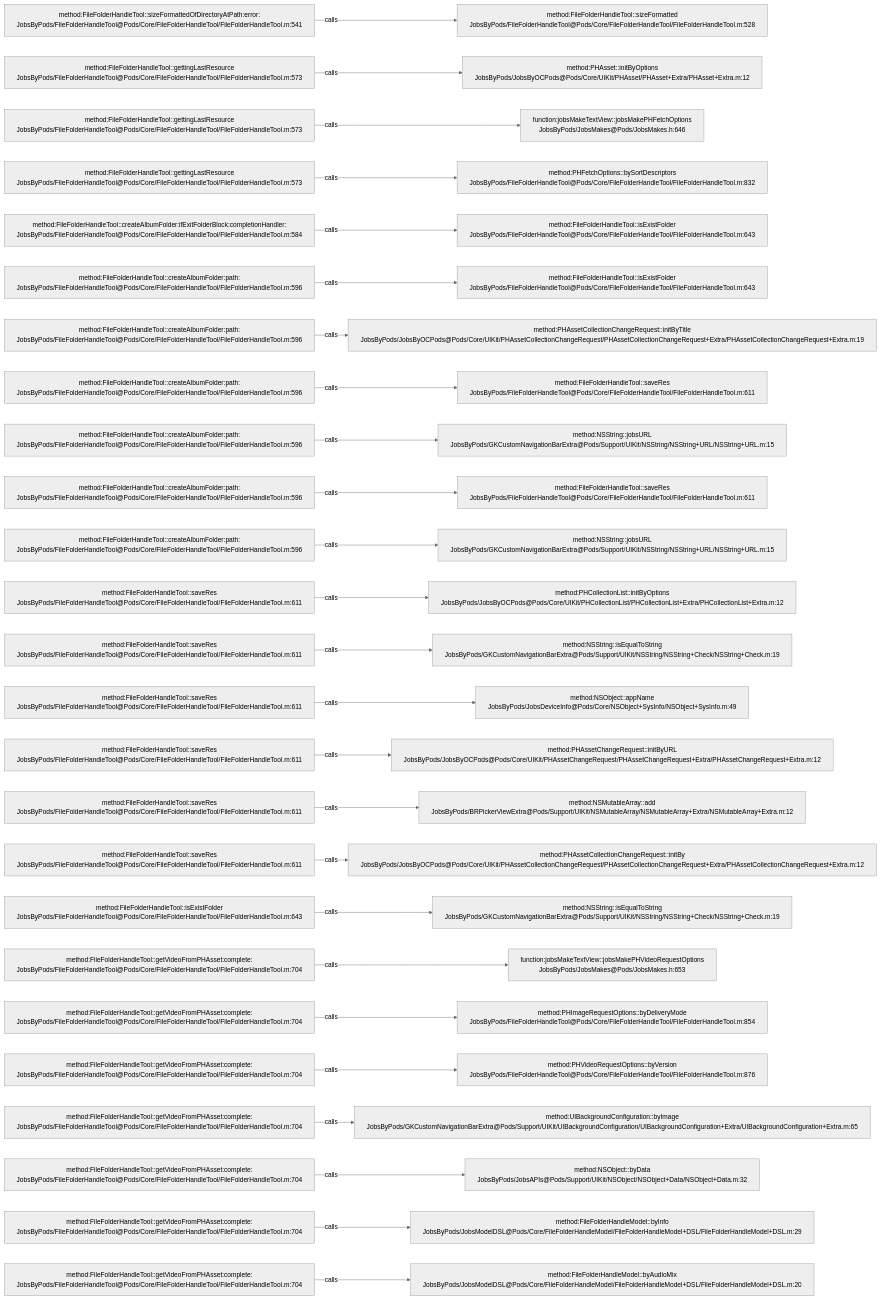
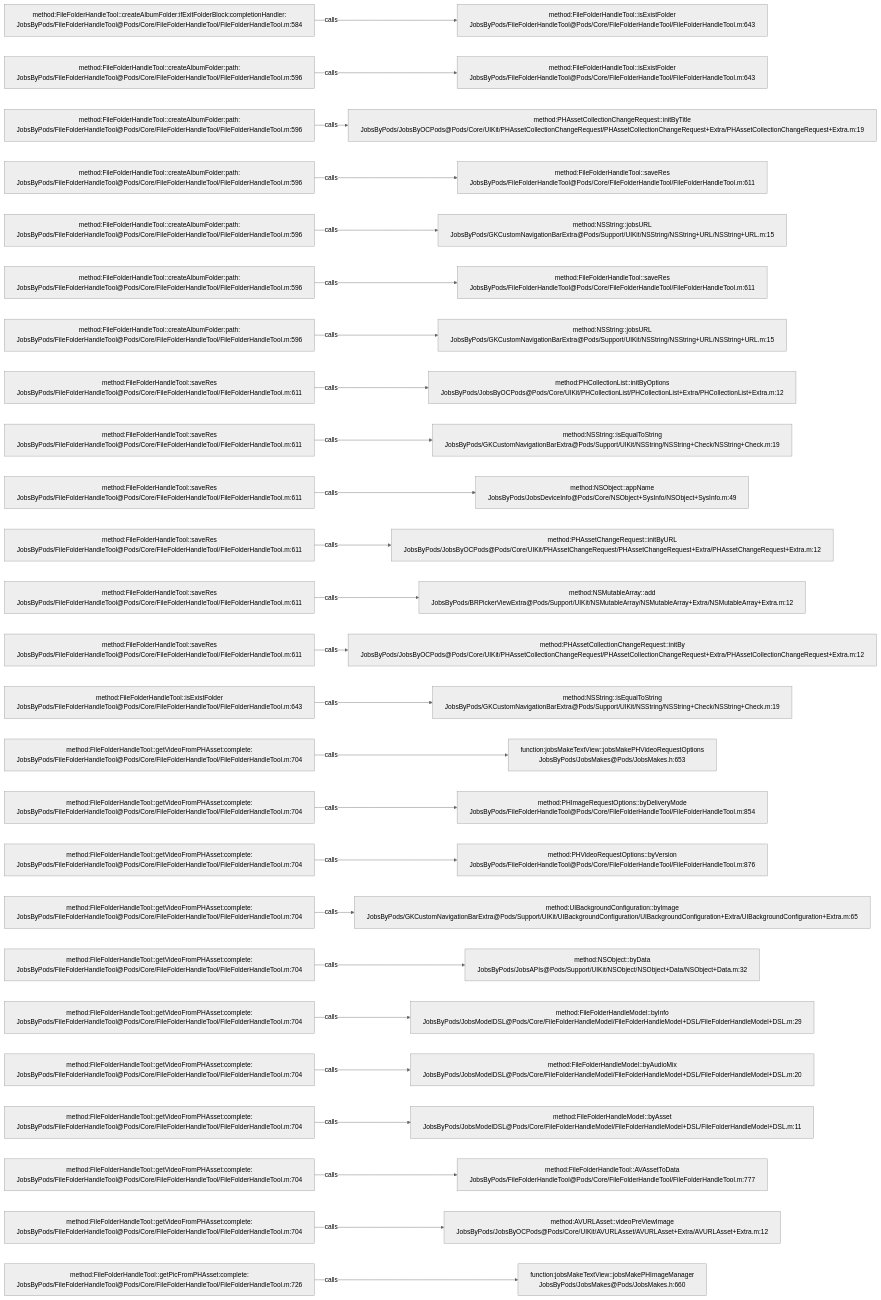
One commit to JobsKits/JobsOCBaseConfigDemo changed the diagram in .codegraph/codegraph.md/graphs/calls-008.md. Above: the diagram before and after it, drawn with Mermaid (neutral theme). The commit also changed 223 other files, not shown here.

````diff
--- a/.codegraph/codegraph.md/graphs/calls-008.md
+++ b/.codegraph/codegraph.md/graphs/calls-008.md
@@ -13,78 +13,78 @@
 ```mermaid
 flowchart LR
-  S1["method:FileFolderHandleTool::sizeFormattedOfDirectoryAtPath:error:<br/>JobsByPods/FileFolderHandleTool@Pods/Core/FileFolderHandleTool/FileFolderHandleTool.m:541"]
-  T1["method:FileFolderHandleTool::sizeFormatted<br/>JobsByPods/FileFolderHandleTool@Pods/Core/FileFolderHandleTool/FileFolderHandleTool.m:528"]
+  S1["method:FileFolderHandleTool::createAlbumFolder:ifExitFolderBlock:completionHandler:<br/>JobsByPods/FileFolderHandleTool@Pods/Core/FileFolderHandleTool/FileFolderHandleTool.m:584"]
+  T1["method:FileFolderHandleTool::isExistFolder<br/>JobsByPods/FileFolderHandleTool@Pods/Core/FileFolderHandleTool/FileFolderHandleTool.m:643"]
   S1 -->|calls| T1
-  S2["method:FileFolderHandleTool::gettingLastResource<br/>JobsByPods/FileFolderHandleTool@Pods/Core/FileFolderHandleTool/FileFolderHandleTool.m:573"]
-  T2["method:PHAsset::initByOptions<br/>JobsByPods/JobsByOCPods@Pods/Core/UIKit/PHAsset/PHAsset+Extra/PHAsset+Extra.m:12"]
+  S2["method:FileFolderHandleTool::createAlbumFolder:path:<br/>JobsByPods/FileFolderHandleTool@Pods/Core/FileFolderHandleTool/FileFolderHandleTool.m:596"]
+  T2["method:FileFolderHandleTool::isExistFolder<br/>JobsByPods/FileFolderHandleTool@Pods/Core/FileFolderHandleTool/FileFolderHandleTool.m:643"]
   S2 -->|calls| T2
-  S3["method:FileFolderHandleTool::gettingLastResource<br/>JobsByPods/FileFolderHandleTool@Pods/Core/FileFolderHandleTool/FileFolderHandleTool.m:573"]
-  T3["function:jobsMakeTextView::jobsMakePHFetchOptions<br/>JobsByPods/JobsMakes@Pods/JobsMakes.h:646"]
+  S3["method:FileFolderHandleTool::createAlbumFolder:path:<br/>JobsByPods/FileFolderHandleTool@Pods/Core/FileFolderHandleTool/FileFolderHandleTool.m:596"]
+  T3["method:PHAssetCollectionChangeRequest::initByTitle<br/>JobsByPods/JobsByOCPods@Pods/Core/UIKit/PHAssetCollectionChangeRequest/PHAssetCollectionChangeRequest+Extra/PHAssetCollectionChangeRequest+Extra.m:19"]
   S3 -->|calls| T3
-  S4["method:FileFolderHandleTool::gettingLastResource<br/>JobsByPods/FileFolderHandleTool@Pods/Core/FileFolderHandleTool/FileFolderHandleTool.m:573"]
-  T4["method:PHFetchOptions::bySortDescriptors<br/>JobsByPods/FileFolderHandleTool@Pods/Core/FileFolderHandleTool/FileFolderHandleTool.m:832"]
+  S4["method:FileFolderHandleTool::createAlbumFolder:path:<br/>JobsByPods/FileFolderHandleTool@Pods/Core/FileFolderHandleTool/FileFolderHandleTool.m:596"]
+  T4["method:FileFolderHandleTool::saveRes<br/>JobsByPods/FileFolderHandleTool@Pods/Core/FileFolderHandleTool/FileFolderHandleTool.m:611"]
   S4 -->|calls| T4
-  S5["method:FileFolderHandleTool::createAlbumFolder:ifExitFolderBlock:completionHandler:<br/>JobsByPods/FileFolderHandleTool@Pods/Core/FileFolderHandleTool/FileFolderHandleTool.m:584"]
-  T5["method:FileFolderHandleTool::isExistFolder<br/>JobsByPods/FileFolderHandleTool@Pods/Core/FileFolderHandleTool/FileFolderHandleTool.m:643"]
+  S5["method:FileFolderHandleTool::createAlbumFolder:path:<br/>JobsByPods/FileFolderHandleTool@Pods/Core/FileFolderHandleTool/FileFolderHandleTool.m:596"]
+  T5["method:NSString::jobsURL<br/>JobsByPods/GKCustomNavigationBarExtra@Pods/Support/UIKit/NSString/NSString+URL/NSString+URL.m:15"]
   S5 -->|calls| T5
   S6["method:FileFolderHandleTool::createAlbumFolder:path:<br/>JobsByPods/FileFolderHandleTool@Pods/Core/FileFolderHandleTool/FileFolderHandleTool.m:596"]
-  T6["method:FileFolderHandleTool::isExistFolder<br/>JobsByPods/FileFolderHandleTool@Pods/Core/FileFolderHandleTool/FileFolderHandleTool.m:643"]
+  T6["method:FileFolderHandleTool::saveRes<br/>JobsByPods/FileFolderHandleTool@Pods/Core/FileFolderHandleTool/FileFolderHandleTool.m:611"]
   S6 -->|calls| T6
   S7["method:FileFolderHandleTool::createAlbumFolder:path:<br/>JobsByPods/FileFolderHandleTool@Pods/Core/FileFolderHandleTool/FileFolderHandleTool.m:596"]
-  T7["method:PHAssetCollectionChangeRequest::initByTitle<br/>JobsByPods/JobsByOCPods@Pods/Core/UIKit/PHAssetCollectionChangeRequest/PHAssetCollectionChangeRequest+Extra/PHAssetCollectionChangeRequest+Extra.m:19"]
+  T7["method:NSString::jobsURL<br/>JobsByPods/GKCustomNavigationBarExtra@Pods/Support/UIKit/NSString/NSString+URL/NSString+URL.m:15"]
   S7 -->|calls| T7
-  S8["method:FileFolderHandleTool::createAlbumFolder:path:<br/>JobsByPods/FileFolderHandleTool@Pods/Core/FileFolderHandleTool/FileFolderHandleTool.m:596"]
-  T8["method:FileFolderHandleTool::saveRes<br/>JobsByPods/FileFolderHandleTool@Pods/Core/FileFolderHandleTool/FileFolderHandleTool.m:611"]
+  S8["method:FileFolderHandleTool::saveRes<br/>JobsByPods/FileFolderHandleTool@Pods/Core/FileFolderHandleTool/FileFolderHandleTool.m:611"]
+  T8["method:PHCollectionList::initByOptions<br/>JobsByPods/JobsByOCPods@Pods/Core/UIKit/PHCollectionList/PHCollectionList+Extra/PHCollectionList+Extra.m:12"]
   S8 -->|calls| T8
-  S9["method:FileFolderHandleTool::createAlbumFolder:path:<br/>JobsByPods/FileFolderHandleTool@Pods/Core/FileFolderHandleTool/FileFolderHandleTool.m:596"]
-  T9["method:NSString::jobsURL<br/>JobsByPods/GKCustomNavigationBarExtra@Pods/Support/UIKit/NSString/NSString+URL/NSString+URL.m:15"]
+  S9["method:FileFolderHandleTool::saveRes<br/>JobsByPods/FileFolderHandleTool@Pods/Core/FileFolderHandleTool/FileFolderHandleTool.m:611"]
+  T9["method:NSString::isEqualToString<br/>JobsByPods/GKCustomNavigationBarExtra@Pods/Support/UIKit/NSString/NSString+Check/NSString+Check.m:19"]
   S9 -->|calls| T9
-  S10["method:FileFolderHandleTool::createAlbumFolder:path:<br/>JobsByPods/FileFolderHandleTool@Pods/Core/FileFolderHandleTool/FileFolderHandleTool.m:596"]
-  T10["method:FileFolderHandleTool::saveRes<br/>JobsByPods/FileFolderHandleTool@Pods/Core/FileFolderHandleTool/FileFolderHandleTool.m:611"]
+  S10["method:FileFolderHandleTool::saveRes<br/>JobsByPods/FileFolderHandleTool@Pods/Core/FileFolderHandleTool/FileFolderHandleTool.m:611"]
+  T10["method:NSObject::appName<br/>JobsByPods/JobsDeviceInfo@Pods/Core/NSObject+SysInfo/NSObject+SysInfo.m:49"]
   S10 -->|calls| T10
-  S11["method:FileFolderHandleTool::createAlbumFolder:path:<br/>JobsByPods/FileFolderHandleTool@Pods/Core/FileFolderHandleTool/FileFolderHandleTool.m:596"]
-  T11["method:NSString::jobsURL<br/>JobsByPods/GKCustomNavigationBarExtra@Pods/Support/UIKit/NSString/NSString+URL/NSString+URL.m:15"]
+  S11["method:FileFolderHandleTool::saveRes<br/>JobsByPods/FileFolderHandleTool@Pods/Core/FileFolderHandleTool/FileFolderHandleTool.m:611"]
+  T11["method:PHAssetChangeRequest::initByURL<br/>JobsByPods/JobsByOCPods@Pods/Core/UIKit/PHAssetChangeRequest/PHAssetChangeRequest+Extra/PHAssetChangeRequest+Extra.m:12"]
   S11 -->|calls| T11
   S12["method:FileFolderHandleTool::saveRes<br/>JobsByPods/FileFolderHandleTool@Pods/Core/FileFolderHandleTool/FileFolderHandleTool.m:611"]
-  T12["method:PHCollectionList::initByOptions<br/>JobsByPods/JobsByOCPods@Pods/Core/UIKit/PHCollectionList/PHCollectionList+Extra/PHCollectionList+Extra.m:12"]
+  T12["method:NSMutableArray::add<br/>JobsByPods/BRPickerViewExtra@Pods/Support/UIKit/NSMutableArray/NSMutableArray+Extra/NSMutableArray+Extra.m:12"]
   S12 -->|calls| T12
   S13["method:FileFolderHandleTool::saveRes<br/>JobsByPods/FileFolderHandleTool@Pods/Core/FileFolderHandleTool/FileFolderHandleTool.m:611"]
-  T13["method:NSString::isEqualToString<br/>JobsByPods/GKCustomNavigationBarExtra@Pods/Support/UIKit/NSString/NSString+Check/NSString+Check.m:19"]
+  T13["method:PHAssetCollectionChangeRequest::initBy<br/>JobsByPods/JobsByOCPods@Pods/Core/UIKit/PHAssetCollectionChangeRequest/PHAssetCollectionChangeRequest+Extra/PHAssetCollectionChangeRequest+Extra.m:12"]
   S13 -->|calls| T13
-  S14["method:FileFolderHandleTool::saveRes<br/>JobsByPods/FileFolderHandleTool@Pods/Core/FileFolderHandleTool/FileFolderHandleTool.m:611"]
-  T14["method:NSObject::appName<br/>JobsByPods/JobsDeviceInfo@Pods/Core/NSObject+SysInfo/NSObject+SysInfo.m:49"]
+  S14["method:FileFolderHandleTool::isExistFolder<br/>JobsByPods/FileFolderHandleTool@Pods/Core/FileFolderHandleTool/FileFolderHandleTool.m:643"]
+  T14["method:NSString::isEqualToString<br/>JobsByPods/GKCustomNavigationBarExtra@Pods/Support/UIKit/NSString/NSString+Check/NSString+Check.m:19"]
   S14 -->|calls| T14
-  S15["method:FileFolderHandleTool::saveRes<br/>JobsByPods/FileFolderHandleTool@Pods/Core/FileFolderHandleTool/FileFolderHandleTool.m:611"]
-  T15["method:PHAssetChangeRequest::initByURL<br/>JobsByPods/JobsByOCPods@Pods/Core/UIKit/PHAssetChangeRequest/PHAssetChangeRequest+Extra/PHAssetChangeRequest+Extra.m:12"]
+  S15["method:FileFolderHandleTool::getVideoFromPHAsset:complete:<br/>JobsByPods/FileFolderHandleTool@Pods/Core/FileFolderHandleTool/FileFolderHandleTool.m:704"]
+  T15["function:jobsMakeTextView::jobsMakePHVideoRequestOptions<br/>JobsByPods/JobsMakes@Pods/JobsMakes.h:653"]
   S15 -->|calls| T15
-  S16["method:FileFolderHandleTool::saveRes<br/>JobsByPods/FileFolderHandleTool@Pods/Core/FileFolderHandleTool/FileFolderHandleTool.m:611"]
-  T16["method:NSMutableArray::add<br/>JobsByPods/BRPickerViewExtra@Pods/Support/UIKit/NSMutableArray/NSMutableArray+Extra/NSMutableArray+Extra.m:12"]
+  S16["method:FileFolderHandleTool::getVideoFromPHAsset:complete:<br/>JobsByPods/FileFolderHandleTool@Pods/Core/FileFolderHandleTool/FileFolderHandleTool.m:704"]
+  T16["method:PHImageRequestOptions::byDeliveryMode<br/>JobsByPods/FileFolderHandleTool@Pods/Core/FileFolderHandleTool/FileFolderHandleTool.m:854"]
   S16 -->|calls| T16
-  S17["method:FileFolderHandleTool::saveRes<br/>JobsByPods/FileFolderHandleTool@Pods/Core/FileFolderHandleTool/FileFolderHandleTool.m:611"]
-  T17["method:PHAssetCollectionChangeRequest::initBy<br/>JobsByPods/JobsByOCPods@Pods/Core/UIKit/PHAssetCollectionChangeRequest/PHAssetCollectionChangeRequest+Extra/PHAssetCollectionChangeRequest+Extra.m:12"]
+  S17["method:FileFolderHandleTool::getVideoFromPHAsset:complete:<br/>JobsByPods/FileFolderHandleTool@Pods/Core/FileFolderHandleTool/FileFolderHandleTool.m:704"]
+  T17["method:PHVideoRequestOptions::byVersion<br/>JobsByPods/FileFolderHandleTool@Pods/Core/FileFolderHandleTool/FileFolderHandleTool.m:876"]
   S17 -->|calls| T17
-  S18["method:FileFolderHandleTool::isExistFolder<br/>JobsByPods/FileFolderHandleTool@Pods/Core/FileFolderHandleTool/FileFolderHandleTool.m:643"]
-  T18["method:NSString::isEqualToString<br/>JobsByPods/GKCustomNavigationBarExtra@Pods/Support/UIKit/NSString/NSString+Check/NSString+Check.m:19"]
+  S18["method:FileFolderHandleTool::getVideoFromPHAsset:complete:<br/>JobsByPods/FileFolderHandleTool@Pods/Core/FileFolderHandleTool/FileFolderHandleTool.m:704"]
+  T18["method:UIBackgroundConfiguration::byImage<br/>JobsByPods/GKCustomNavigationBarExtra@Pods/Support/UIKit/UIBackgroundConfiguration/UIBackgroundConfiguration+Extra/UIBackgroundConfiguration+Extra.m:65"]
   S18 -->|calls| T18
   S19["method:FileFolderHandleTool::getVideoFromPHAsset:complete:<br/>JobsByPods/FileFolderHandleTool@Pods/Core/FileFolderHandleTool/FileFolderHandleTool.m:704"]
-  T19["function:jobsMakeTextView::jobsMakePHVideoRequestOptions<br/>JobsByPods/JobsMakes@Pods/JobsMakes.h:653"]
+  T19["method:NSObject::byData<br/>JobsByPods/JobsAPIs@Pods/Support/UIKit/NSObject/NSObject+Data/NSObject+Data.m:32"]
   S19 -->|calls| T19
   S20["method:FileFolderHandleTool::getVideoFromPHAsset:complete:<br/>JobsByPods/FileFolderHandleTool@Pods/Core/FileFolderHandleTool/FileFolderHandleTool.m:704"]
-  T20["method:PHImageRequestOptions::byDeliveryMode<br/>JobsByPods/FileFolderHandleTool@Pods/Core/FileFolderHandleTool/FileFolderHandleTool.m:854"]
+  T20["method:FileFolderHandleModel::byInfo<br/>JobsByPods/JobsModelDSL@Pods/Core/FileFolderHandleModel/FileFolderHandleModel+DSL/FileFolderHandleModel+DSL.m:29"]
   S20 -->|calls| T20
   S21["method:FileFolderHandleTool::getVideoFromPHAsset:complete:<br/>JobsByPods/FileFolderHandleTool@Pods/Core/FileFolderHandleTool/FileFolderHandleTool.m:704"]
-  T21["method:PHVideoRequestOptions::byVersion<br/>JobsByPods/FileFolderHandleTool@Pods/Core/FileFolderHandleTool/FileFolderHandleTool.m:876"]
+  T21["method:FileFolderHandleModel::byAudioMix<br/>JobsByPods/JobsModelDSL@Pods/Core/FileFolderHandleModel/FileFolderHandleModel+DSL/FileFolderHandleModel+DSL.m:20"]
   S21 -->|calls| T21
   S22["method:FileFolderHandleTool::getVideoFromPHAsset:complete:<br/>JobsByPods/FileFolderHandleTool@Pods/Core/FileFolderHandleTool/FileFolderHandleTool.m:704"]
-  T22["method:UIBackgroundConfiguration::byImage<br/>JobsByPods/GKCustomNavigationBarExtra@Pods/Support/UIKit/UIBackgroundConfiguration/UIBackgroundConfiguration+Extra/UIBackgroundConfiguration+Extra.m:65"]
+  T22["method:FileFolderHandleModel::byAsset<br/>JobsByPods/JobsModelDSL@Pods/Core/FileFolderHandleModel/FileFolderHandleModel+DSL/FileFolderHandleModel+DSL.m:11"]
   S22 -->|calls| T22
   S23["method:FileFolderHandleTool::getVideoFromPHAsset:complete:<br/>JobsByPods/FileFolderHandleTool@Pods/Core/FileFolderHandleTool/FileFolderHandleTool.m:704"]
-  T23["method:NSObject::byData<br/>JobsByPods/JobsAPIs@Pods/Support/UIKit/NSObject/NSObject+Data/NSObject+Data.m:32"]
+  T23["method:FileFolderHandleTool::AVAssetToData<br/>JobsByPods/FileFolderHandleTool@Pods/Core/FileFolderHandleTool/FileFolderHandleTool.m:777"]
   S23 -->|calls| T23
   S24["method:FileFolderHandleTool::getVideoFromPHAsset:complete:<br/>JobsByPods/FileFolderHandleTool@Pods/Core/FileFolderHandleTool/FileFolderHandleTool.m:704"]
-  T24["method:FileFolderHandleModel::byInfo<br/>JobsByPods/JobsModelDSL@Pods/Core/FileFolderHandleModel/FileFolderHandleModel+DSL/FileFolderHandleModel+DSL.m:29"]
+  T24["method:AVURLAsset::videoPreViewImage<br/>JobsByPods/JobsByOCPods@Pods/Core/UIKit/AVURLAsset/AVURLAsset+Extra/AVURLAsset+Extra.m:12"]
   S24 -->|calls| T24
-  S25["method:FileFolderHandleTool::getVideoFromPHAsset:complete:<br/>JobsByPods/FileFolderHandleTool@Pods/Core/FileFolderHandleTool/FileFolderHandleTool.m:704"]
-  T25["method:FileFolderHandleModel::byAudioMix<br/>JobsByPods/JobsModelDSL@Pods/Core/FileFolderHandleModel/FileFolderHandleModel+DSL/FileFolderHandleModel+DSL.m:20"]
+  S25["method:FileFolderHandleTool::getPicFromPHAsset:complete:<br/>JobsByPods/FileFolderHandleTool@Pods/Core/FileFolderHandleTool/FileFolderHandleTool.m:726"]
+  T25["function:jobsMakeTextView::jobsMakePHImageManager<br/>JobsByPods/JobsMakes@Pods/JobsMakes.h:660"]
   S25 -->|calls| T25
 ```
````
